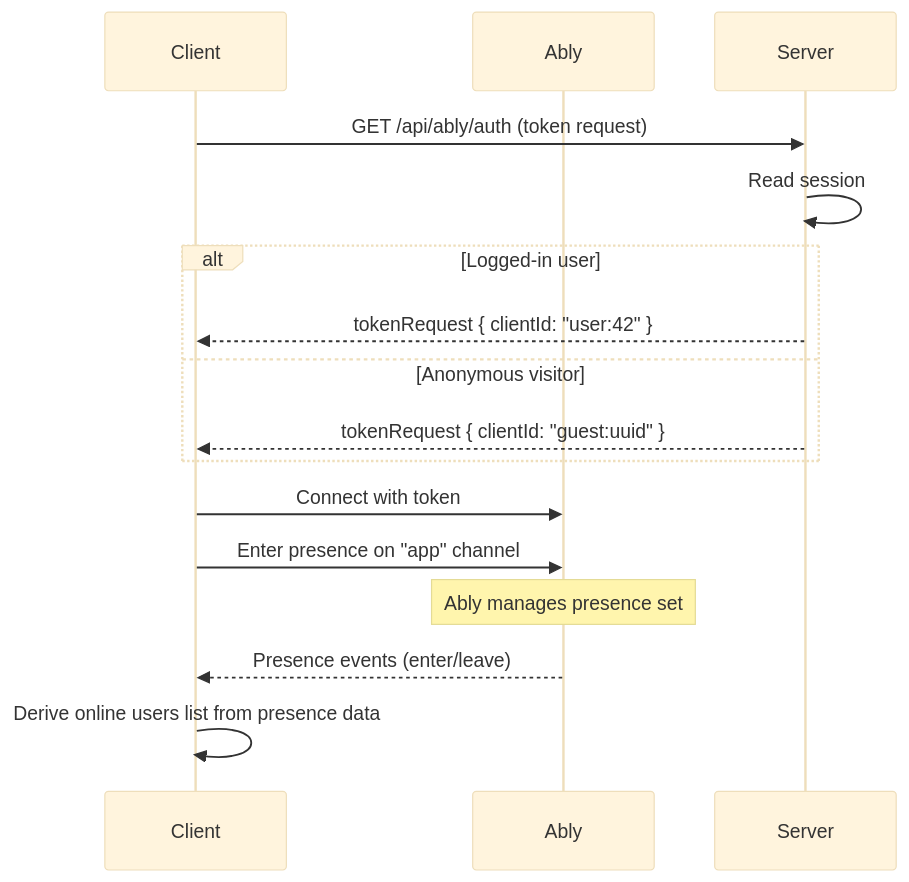
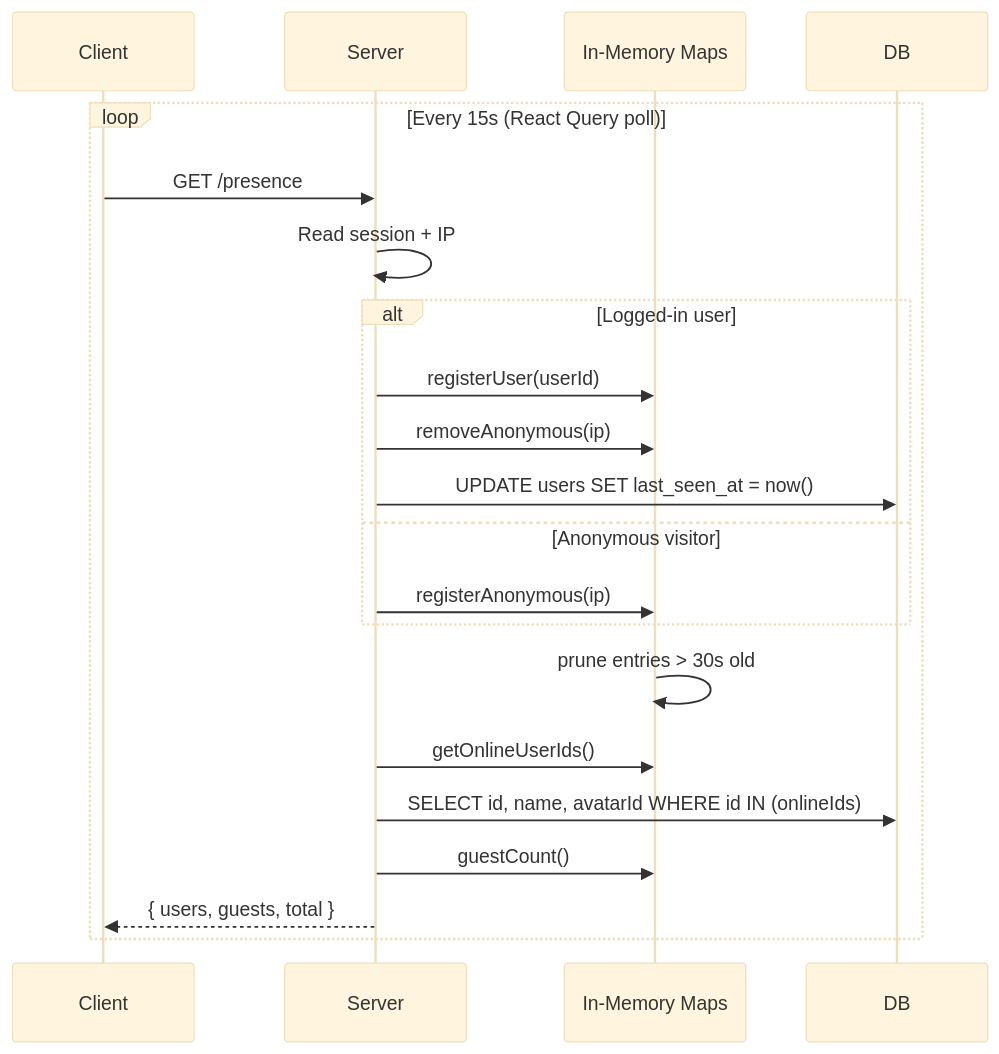
The diagram in apps/web/docs/presence.md (jrnxf/une.haus), drawn with Mermaid (base theme) before and after one commit. The commit also changed other lines of this file and 29 other files, not shown here.

First line of the commit message:
Replace Ably with SSE and polling for presence and tournament realtime

````diff
--- a/apps/web/docs/presence.md
+++ b/apps/web/docs/presence.md
@@ -9,22 +11,26 @@
 ```mermaid
 sequenceDiagram
     participant Client
-    participant Ably
     participant Server
+    participant State as In-Memory Maps
+    participant DB
 
-    Client->>Server: GET /api/ably/auth (token request)
-    Server->>Server: Read session
-    alt Logged-in user
-        Server-->>Client: tokenRequest { clientId: "user:42" }
-    else Anonymous visitor
-        Server-->>Client: tokenRequest { clientId: "guest:uuid" }
+    loop Every 15s (React Query poll)
+        Client->>Server: GET /presence
+        Server->>Server: Read session + IP
+
+        alt Logged-in user
+            Server->>State: registerUser(userId)
+            Server->>State: removeAnonymous(ip)
+            Server->>DB: UPDATE users SET last_seen_at = now()
+        else Anonymous visitor
+            Server->>State: registerAnonymous(ip)
+        end
+
+        State->>State: prune entries > 30s old
+        Server->>State: getOnlineUserIds()
+        Server->>DB: SELECT id, name, avatarId WHERE id IN (onlineIds)
+        Server->>State: guestCount()
+        Server-->>Client: { users, guests, total }
     end
-
-    Client->>Ably: Connect with token
-    Client->>Ably: Enter presence on "app" channel
-
-    Note over Ably: Ably manages presence set
-
-    Ably-->>Client: Presence events (enter/leave)
-    Client->>Client: Derive online users list from presence data
 ```
````
